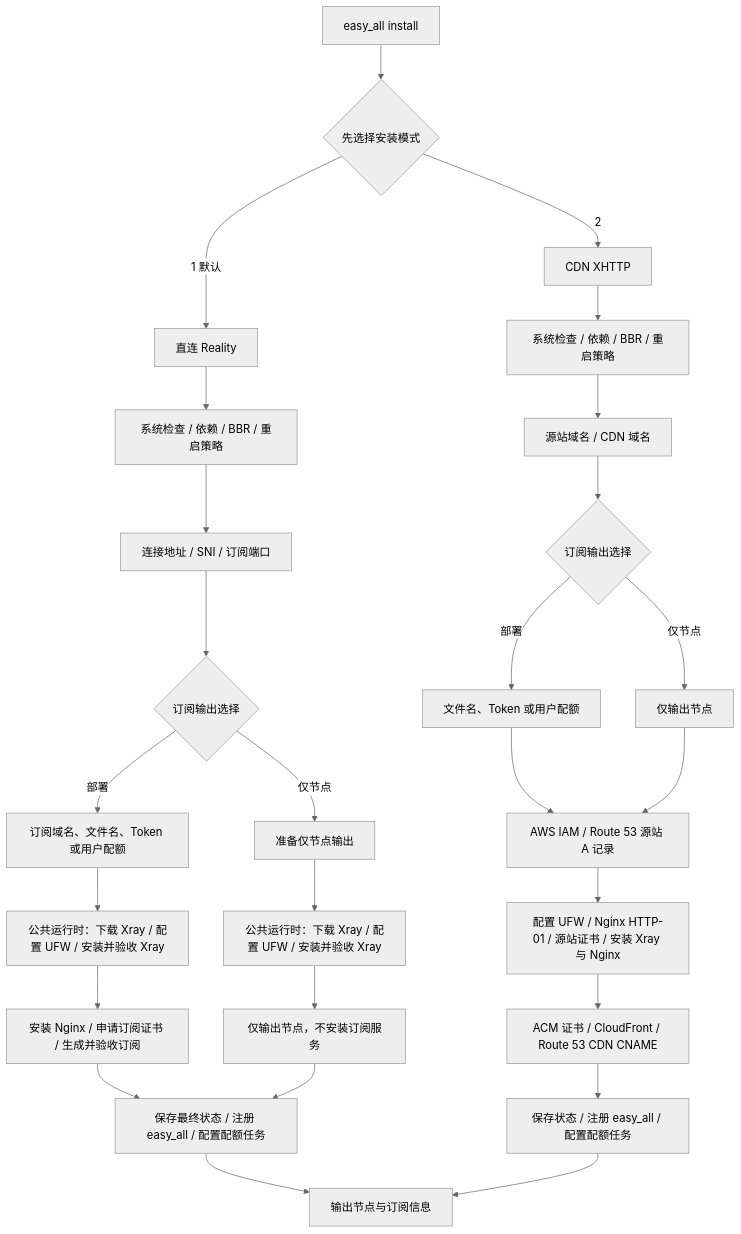
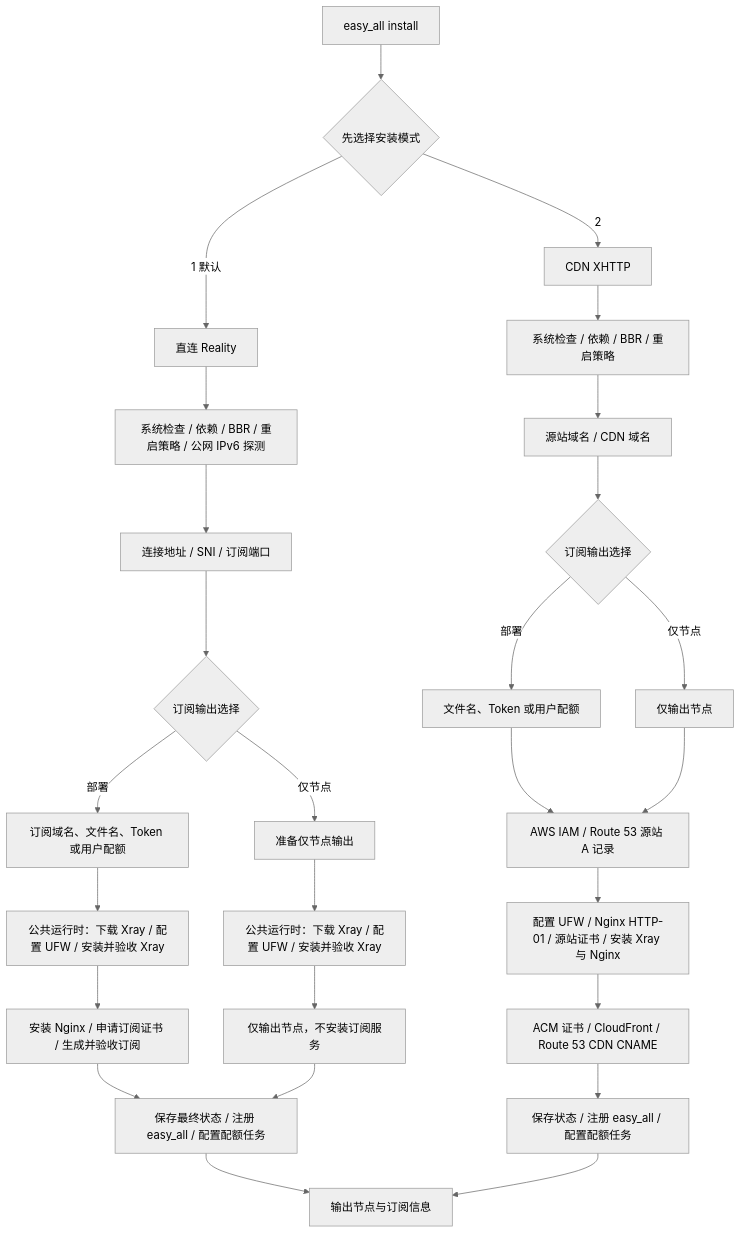
One commit to v2yiz/easy_all changed the diagram in README.md. Above: the diagram before and after it, drawn with Mermaid (neutral theme). The commit also changed other lines of this file and 3 other files, not shown here.

````diff
--- a/README.md
+++ b/README.md
@@ -64,31 +64,31 @@
 ```mermaid
 flowchart TD
     A[easy_all install] --> B{先选择安装模式}
 
     B -->|1 默认| R0[直连 Reality]
-    R0 --> R1[系统检查 / 依赖 / BBR / 重启策略]
+    R0 --> R1[系统检查 / 依赖 / BBR / 重启策略 / 公网 IPv6 探测]
     R1 --> R2[连接地址 / SNI / 订阅端口]
     R2 --> R3{订阅输出选择}
     R3 -->|部署| R4[订阅域名、文件名、Token 或用户配额]
     R3 -->|仅节点| R5[准备仅节点输出]
     R4 --> R6D[公共运行时：下载 Xray / 配置 UFW / 安装并验收 Xray]
     R5 --> R6L[公共运行时：下载 Xray / 配置 UFW / 安装并验收 Xray]
     R6D --> R8[安装 Nginx / 申请订阅证书 / 生成并验收订阅]
     R6L --> R9[仅输出节点，不安装订阅服务]
     R8 --> R10[保存最终状态 / 注册 easy_all / 配置配额任务]
     R9 --> R10
     R10 --> Z[输出节点与订阅信息]
 
     B -->|2| X0[CDN XHTTP]
     X0 --> X1[系统检查 / 依赖 / BBR / 重启策略]
     X1 --> X2[源站域名 / CDN 域名]
     X2 --> X3{订阅输出选择}
     X3 -->|部署| X4[文件名、Token 或用户配额]
     X3 -->|仅节点| X5[仅输出节点]
     X4 --> X6[AWS IAM / Route 53 源站 A 记录]
     X5 --> X6
     X6 --> X7[配置 UFW / Nginx HTTP-01 / 源站证书 / 安装 Xray 与 Nginx]
     X7 --> X8[ACM 证书 / CloudFront / Route 53 CDN CNAME]
     X8 --> X9[保存状态 / 注册 easy_all / 配置配额任务]
     X9 --> Z
 ```
````
